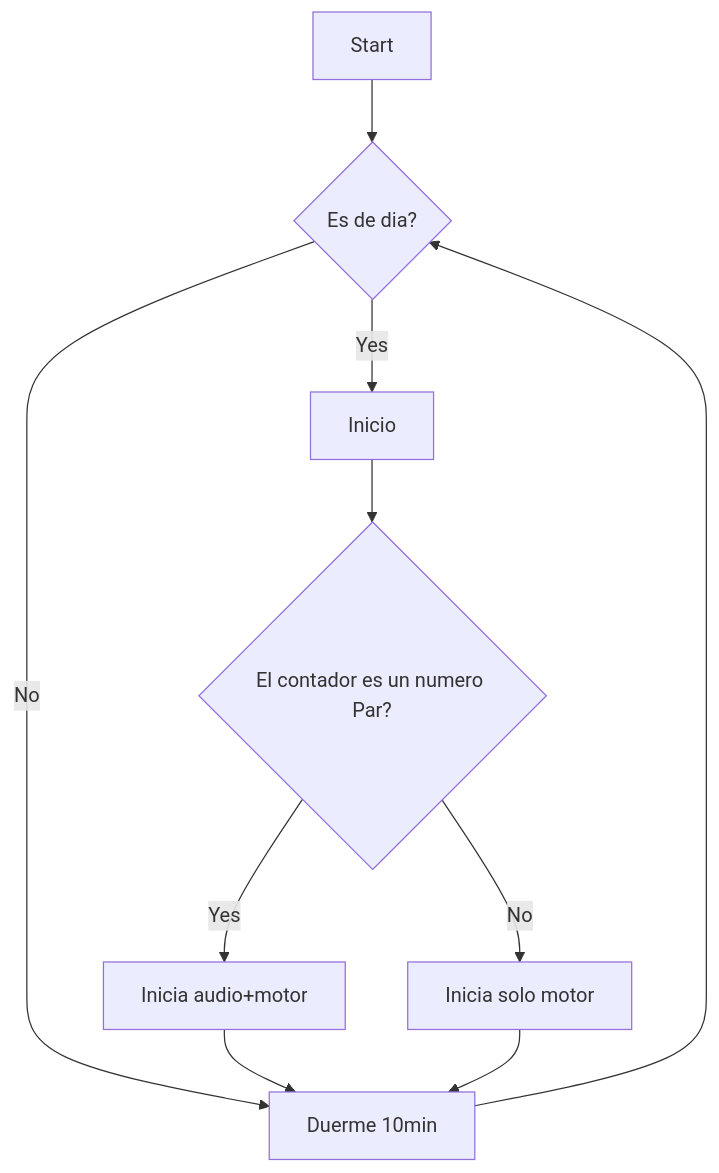
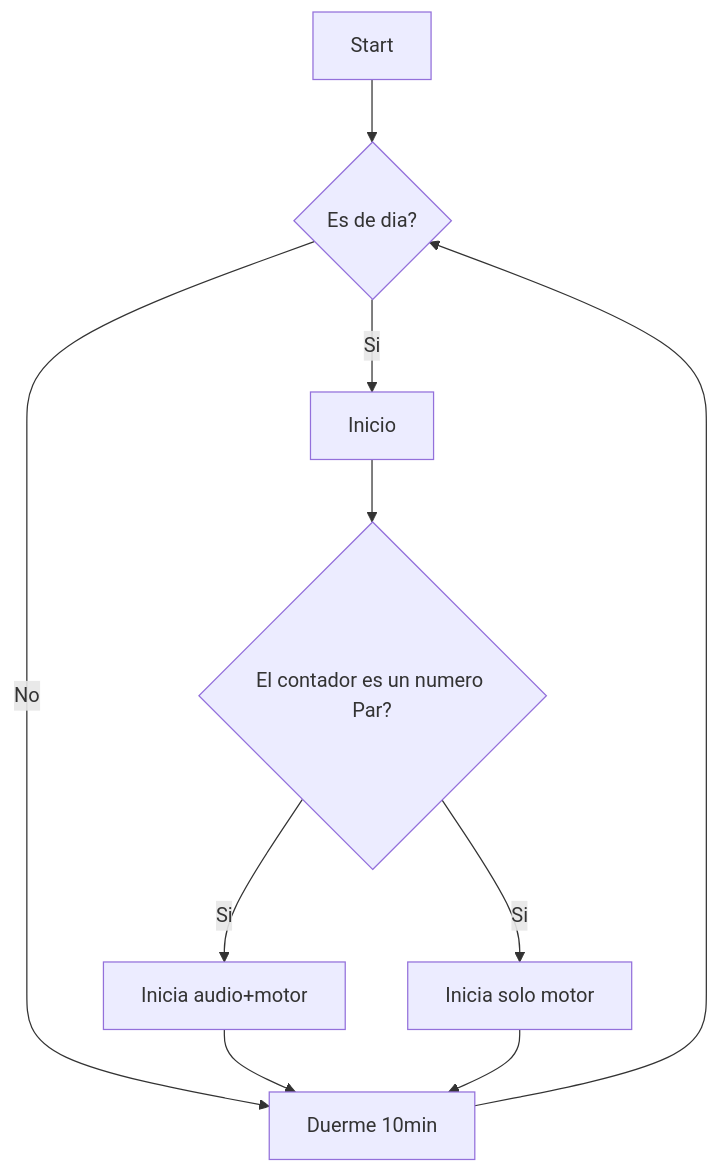
The diagram in README.md (buho29/solar-scarecrow), drawn with Mermaid before and after one commit. The commit also changed other lines of this file, not shown here.

````diff
--- a/README.md
+++ b/README.md
@@ -30,12 +33,12 @@
 ```mermaid
 flowchart  TD  
  A[Start]  -->  B{Es de dia?}  
  B  -- No -->  H[Duerme 10min]  
- B  -- Yes --> E[Inicio]
+ B  -- Si --> E[Inicio]
  E --> D{El contador es un numero Par?}
- D -- Yes --> F[Inicia audio+motor]
- D -- No --> G[Inicia solo motor]
+ D -- Si --> F[Inicia audio+motor]
+ D -- Si--> G[Inicia solo motor]
  F --> H 
  G --> H
  H --> B
 ```
````
